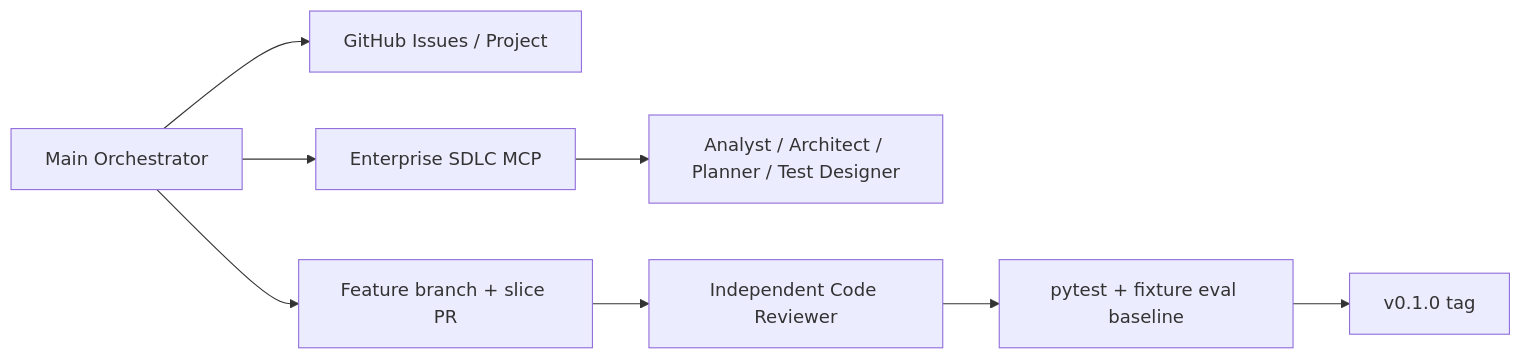
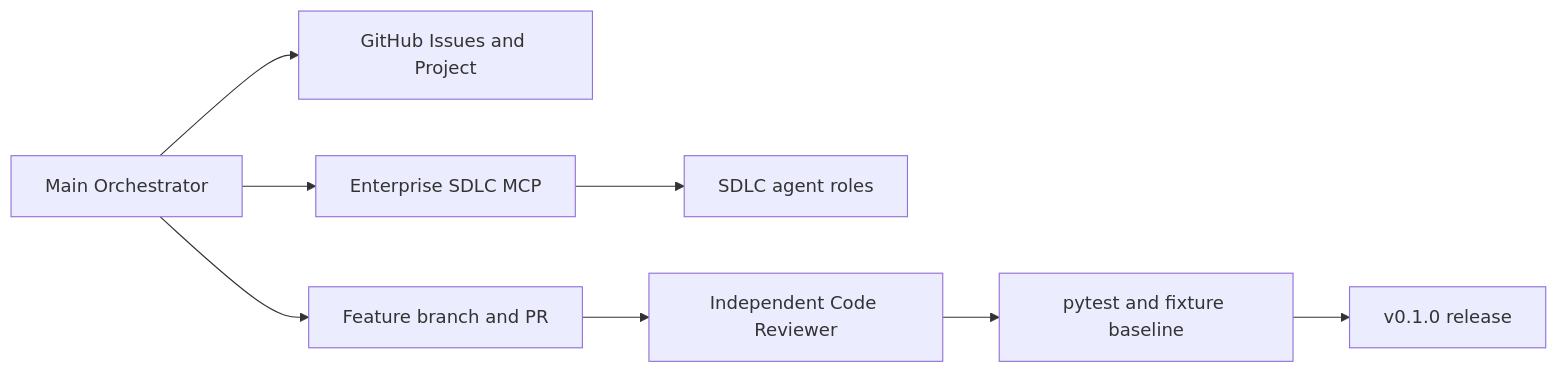
Before and after one commit to raghuram-chittibomma/support-ticket-triage-assistant: the diagram in README.md, drawn with Mermaid. The commit also changed 1 other file, not shown here.

Commit message:
Fix Mermaid diagrams for GitHub renderer compatibility.

````diff
--- a/README.md
+++ b/README.md
@@ -23,10 +23,10 @@
 ```mermaid
 flowchart LR
-  MO[Main Orchestrator] --> GH[GitHub Issues / Project]
-  MO --> MCP[Enterprise SDLC MCP]
-  MCP --> ROLES[Analyst / Architect / Planner / Test Designer]
-  MO --> CODE[Feature branch + slice PR]
-  CODE --> CR[Independent Code Reviewer]
-  CR --> CI[pytest + fixture eval baseline]
-  CI --> REL[v0.1.0 tag]
+  MO["Main Orchestrator"] --> GH["GitHub Issues and Project"]
+  MO --> MCP["Enterprise SDLC MCP"]
+  MCP --> ROLES["SDLC agent roles"]
+  MO --> CODE["Feature branch and PR"]
+  CODE --> CR["Independent Code Reviewer"]
+  CR --> CI["pytest and fixture baseline"]
+  CI --> REL["v0.1.0 release"]
 ```
````
